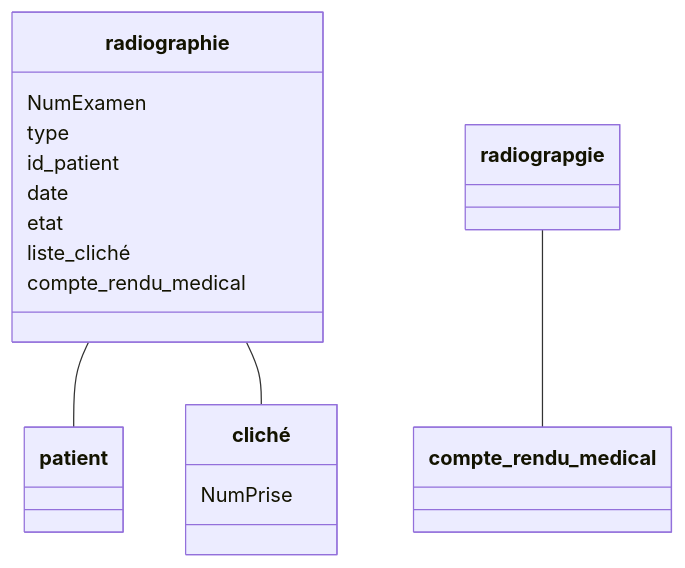
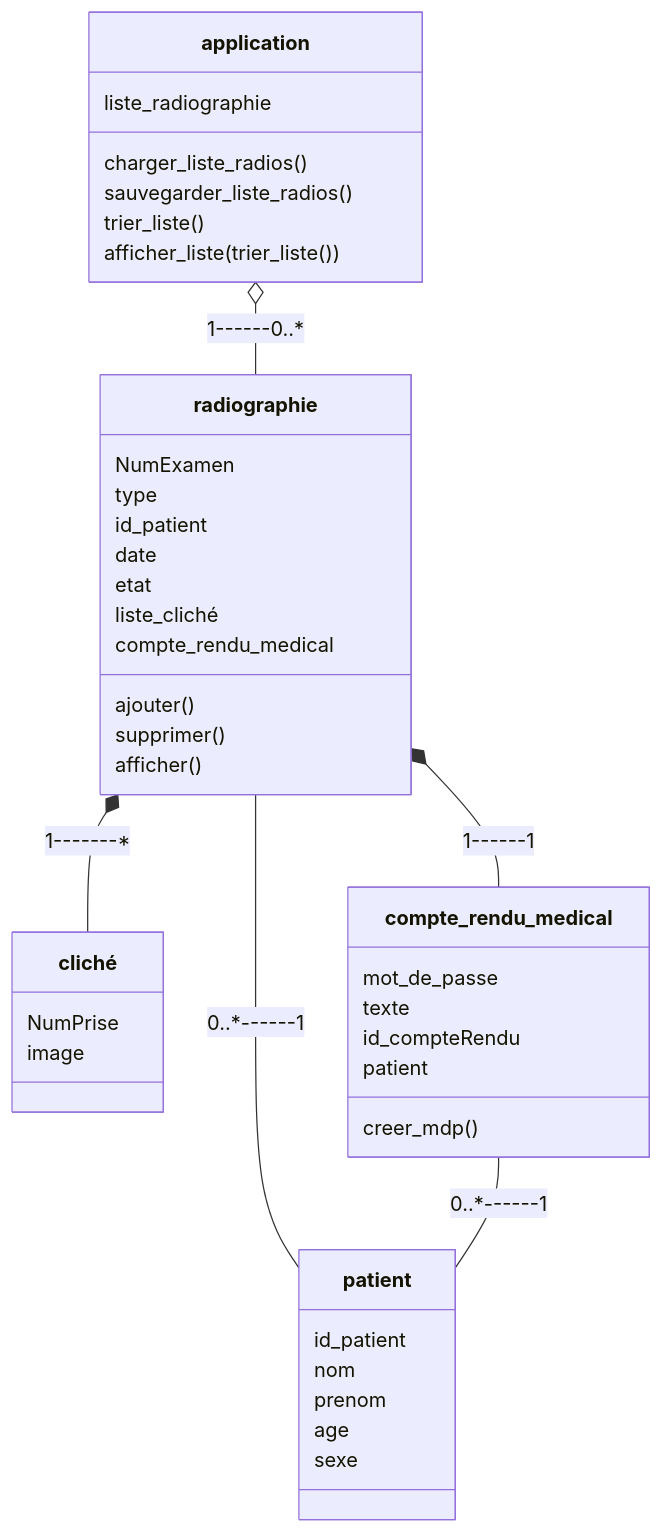
Before and after one commit to Annewynn/POO_project: the diagram in projet_obj.md, drawn with Mermaid. The commit also changed other lines of this file, not shown here.

Commit message:
Changing motherfucker

````diff
--- a/projet_obj.md
+++ b/projet_obj.md
@@ -4,18 +5,44 @@
 ```mermaid
 classDiagram
-radiographie -- patient
-radiographie -- cliché
-radiograpgie -- compte_rendu_medical
+radiographie -- patient : 0..*------1
+radiographie *-- cliché : 1-------*
+radiographie *-- compte_rendu_medical : 1------1
+application o-- radiographie : 1------0..*
+compte_rendu_medical -- patient : 0..*------1
 
 radiographie: NumExamen
 radiographie: type
 radiographie: id_patient
 radiographie: date
 radiographie: etat
 radiographie: liste_cliché
 radiographie: compte_rendu_medical
+radiographie: ajouter()
+radiographie: supprimer()
+radiographie: afficher()
 
 cliché: NumPrise
+cliché: image
+
+compte_rendu_medical: mot_de_passe
+compte_rendu_medical: texte
+compte_rendu_medical: id_compteRendu
+compte_rendu_medical: patient
+compte_rendu_medical: creer_mdp()
+
+application: liste_radiographie
+application: charger_liste_radios()
+application: sauvegarder_liste_radios()
+application: trier_liste()
+application: afficher_liste(trier_liste())
+
+patient: id_patient
+patient: nom
+patient: prenom
+patient: age
+patient: sexe
+
+
 
 
 ```
````
